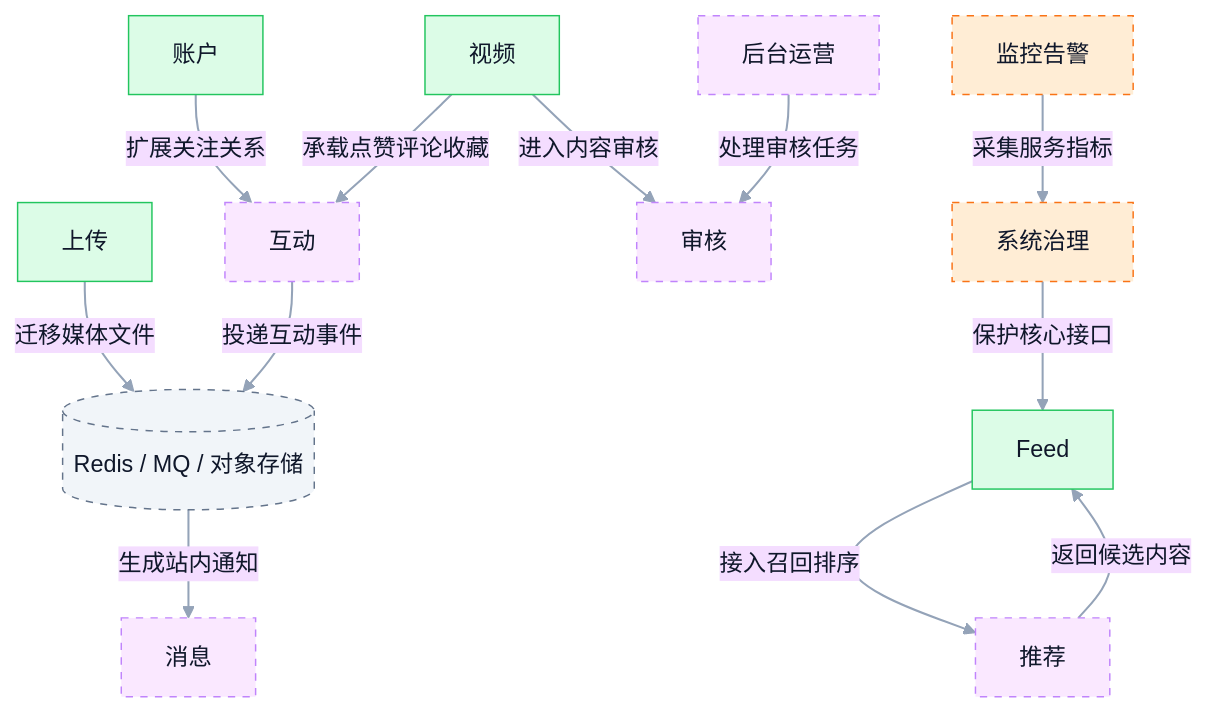
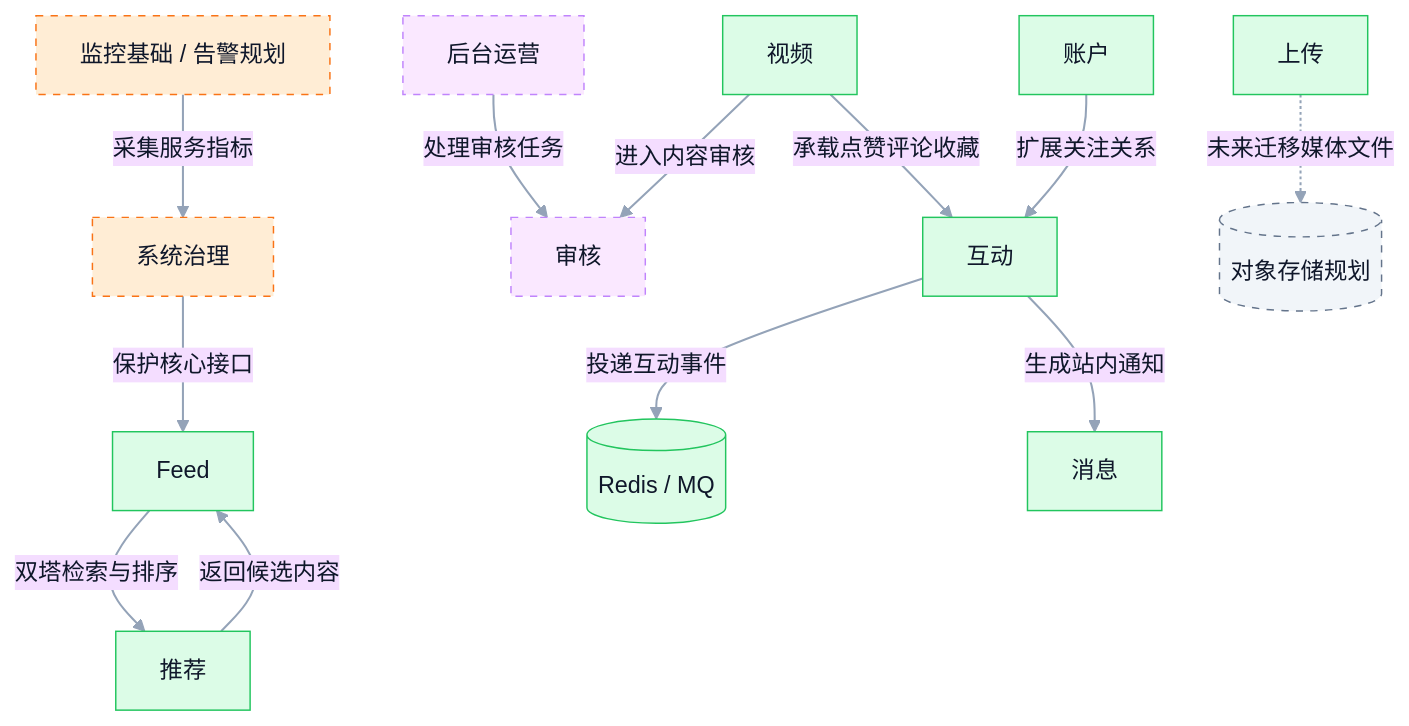
The fifth of 5 diagrams in docs/architecture.md (slyslyan/GCFeed), drawn with Mermaid before and after one commit. The commit also changed other lines of this file and 18 other files, not shown here.

````diff
--- a/docs/architecture.md
+++ b/docs/architecture.md
@@ -260,51 +284,53 @@
 ```mermaid
 ---
 config:
   theme: base
   layout: dagre
   themeVariables:
     background: transparent
     fontFamily: Inter, PingFang SC, Microsoft YaHei, Arial
     primaryTextColor: "#0F172A"
     lineColor: "#94A3B8"
     clusterBkg: "#F8FAFC"
     clusterBorder: "#CBD5E1"
 ---
 flowchart TB
   %% Roadmap map from current MVP to planned modules
   classDef current fill:#DCFCE7,stroke:#22C55E,color:#0F172A,stroke-width:1px;
   classDef growth fill:#FAE8FF,stroke:#C084FC,color:#0F172A,stroke-width:1px,stroke-dasharray:5 5;
   classDef platform fill:#FFEDD5,stroke:#F97316,color:#0F172A,stroke-width:1px,stroke-dasharray:5 5;
   classDef data fill:#F1F5F9,stroke:#64748B,color:#0F172A,stroke-width:1px,stroke-dasharray:5 5;
 
   Account["账户"]
   Video["视频"]
   Feed["Feed"]
   Upload["上传"]
   Recommendation["推荐"]
   Interaction["互动"]
   Review["审核"]
   Message["消息"]
   Admin["后台运营"]
   Governance["系统治理"]
-  Observability["监控告警"]
-  AsyncStore[("Redis / MQ / 对象存储")]
+  Observability["监控基础 / 告警规划"]
+  AsyncStore[("Redis / MQ")]
+  ObjectStore[("对象存储规划")]
 
   Account -->|"扩展关注关系"| Interaction
   Video -->|"进入内容审核"| Review
   Video -->|"承载点赞评论收藏"| Interaction
-  Upload -->|"迁移媒体文件"| AsyncStore
-  Feed -->|"接入召回排序"| Recommendation
+  Upload -.->|"未来迁移媒体文件"| ObjectStore
+  Feed -->|"双塔检索与排序"| Recommendation
   Recommendation -->|"返回候选内容"| Feed
   Interaction -->|"投递互动事件"| AsyncStore
-  AsyncStore -->|"生成站内通知"| Message
+  Interaction -->|"生成站内通知"| Message
   Admin -->|"处理审核任务"| Review
   Governance -->|"保护核心接口"| Feed
   Observability -->|"采集服务指标"| Governance
 
-  class Account,Video,Feed,Upload current;
-  class Recommendation,Interaction,Review,Message,Admin growth;
+  class Account,Video,Feed,Upload,Recommendation,Interaction,Message current;
+  class Review,Admin growth;
   class Governance,Observability platform;
-  class AsyncStore data;
+  class AsyncStore current;
+  class ObjectStore data;
   linkStyle default stroke:#94A3B8,stroke-width:1.4px
 ```
````
